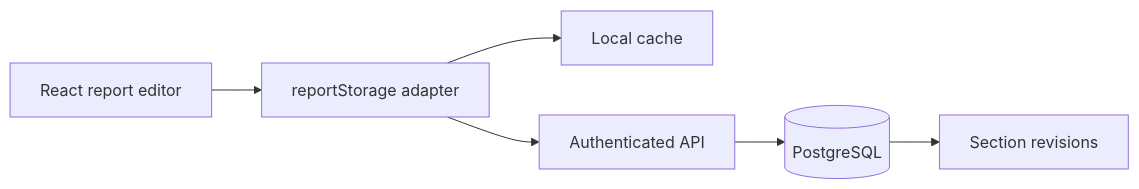
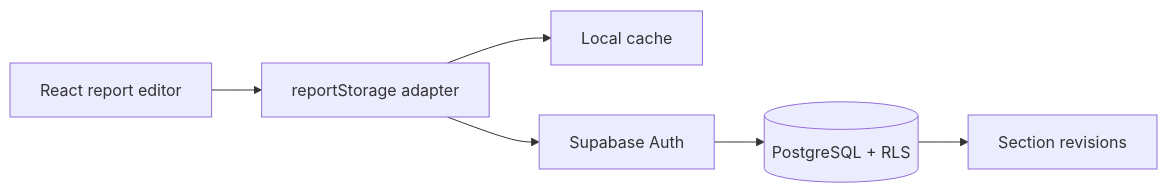
Before and after one commit to rifqironanda/quantum_computing_for_banking: the diagram in docs/DATABASE_ARCHITECTURE.md, drawn with Mermaid. The commit also changed other lines of this file and 11 other files, not shown here.

````diff
--- a/docs/DATABASE_ARCHITECTURE.md
+++ b/docs/DATABASE_ARCHITECTURE.md
@@ -21,8 +22,8 @@
 ```mermaid
 flowchart LR
   UI[React report editor] --> A[reportStorage adapter]
   A --> L[Local cache]
-  A --> API[Authenticated API]
-  API --> DB[(PostgreSQL)]
+  A --> AUTH[Supabase Auth]
+  AUTH --> DB[(PostgreSQL + RLS)]
   DB --> V[Section revisions]
 ```
````
